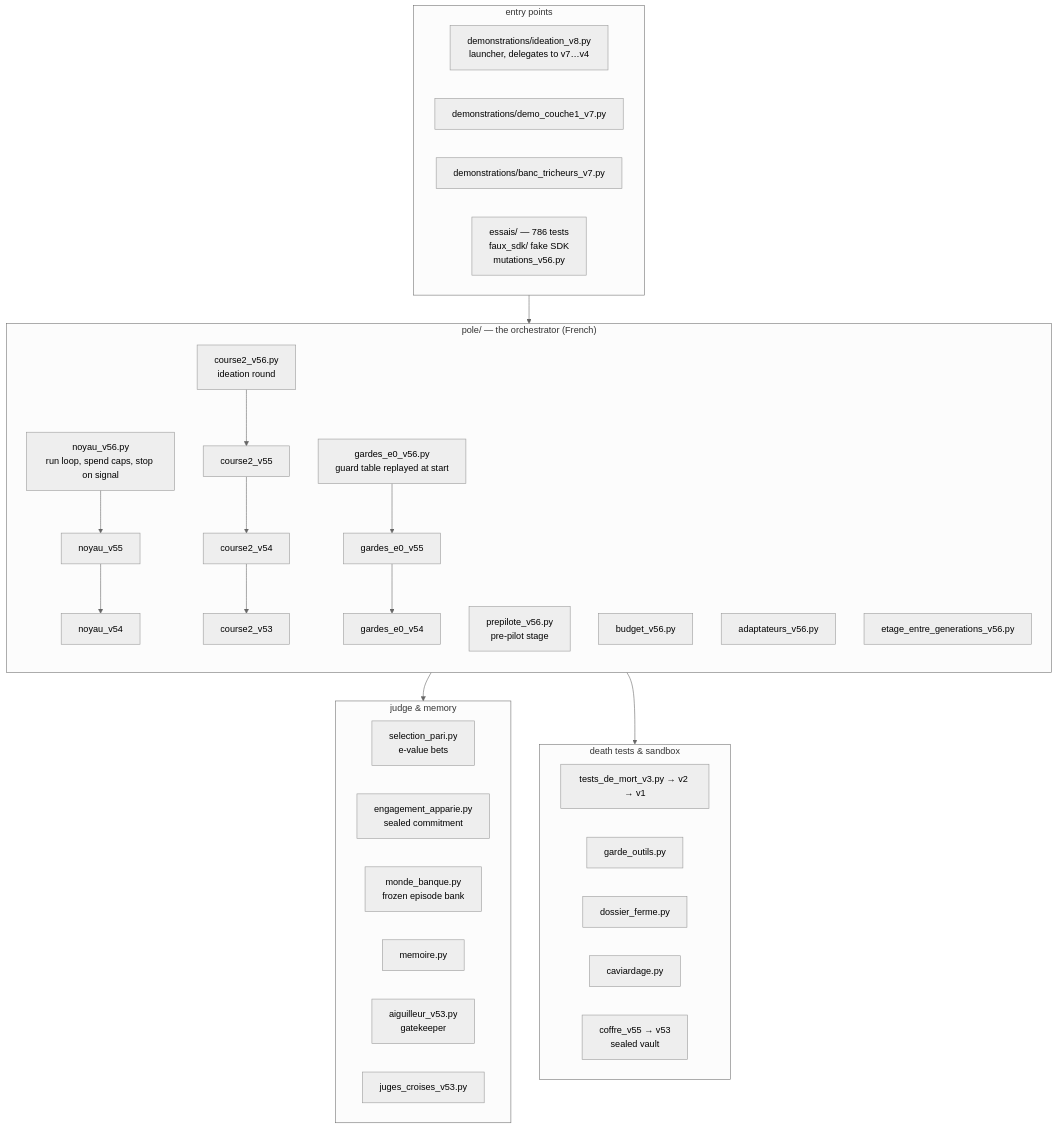
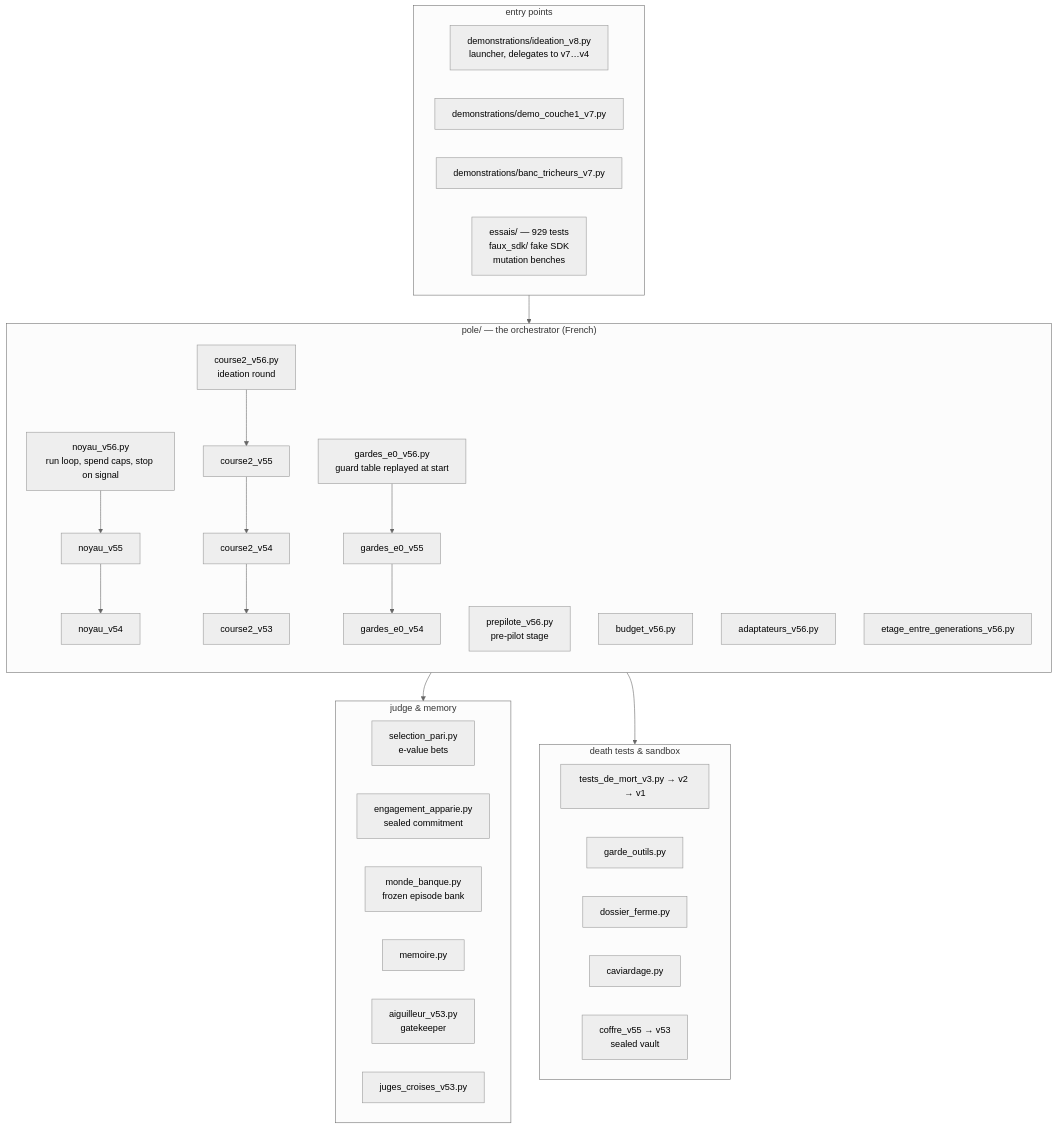
Before and after one commit to lciric/ideation-organism: the second of 2 diagrams in README.md, drawn with Mermaid (neutral theme). The commit also changed other lines of this file and 5 other files, not shown here.

First line of the commit message:
README: test and mutation counts after v57–v58 (929 tests: 906 passed, 8 provenance/environment failures, 15 skipped; 224 mutations killed); suite outputs sealed in resultats/

````diff
--- a/README.md
+++ b/README.md
@@ -157,23 +157,23 @@
 ```mermaid
 flowchart TB
     subgraph core["pole/ — the orchestrator (French)"]
         direction TB
         n56[noyau_v56.py<br/>run loop, spend caps, stop on signal] --> n55[noyau_v55] --> n54[noyau_v54]
         c56[course2_v56.py<br/>ideation round] --> c55[course2_v55] --> c54[course2_v54] --> c53[course2_v53]
         pp56[prepilote_v56.py<br/>pre-pilot stage]
         g56[gardes_e0_v56.py<br/>guard table replayed at start] --> g55[gardes_e0_v55] --> g54[gardes_e0_v54]
         b56[budget_v56.py] ; a56[adaptateurs_v56.py] ; e56[etage_entre_generations_v56.py]
     end
     subgraph judge["judge & memory"]
         sp[selection_pari.py<br/>e-value bets] ; ea[engagement_apparie.py<br/>sealed commitment] ; mb[monde_banque.py<br/>frozen episode bank] ; me[memoire.py] ; ai[aiguilleur_v53.py<br/>gatekeeper] ; jc[juges_croises_v53.py]
     end
     subgraph kill["death tests & sandbox"]
         tm[tests_de_mort_v3.py → v2 → v1] ; go[garde_outils.py] ; df[dossier_ferme.py] ; cv[caviardage.py] ; co[coffre_v55 → v53<br/>sealed vault]
     end
     subgraph entry["entry points"]
         i8[demonstrations/ideation_v8.py<br/>launcher, delegates to v7…v4] ; d1[demonstrations/demo_couche1_v7.py] ; bt[demonstrations/banc_tricheurs_v7.py]
-        t[essais/ — 786 tests<br/>faux_sdk/ fake SDK<br/>mutations_v56.py]
+        t[essais/ — 929 tests<br/>faux_sdk/ fake SDK<br/>mutation benches]
     end
     entry --> core --> judge
     core --> kill
 ```
````
